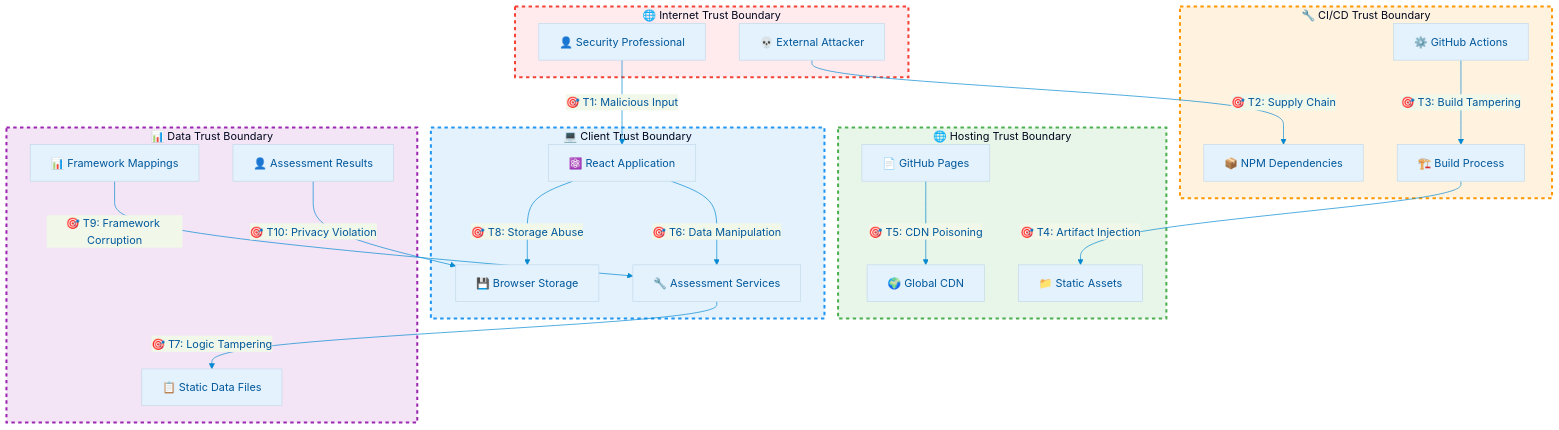
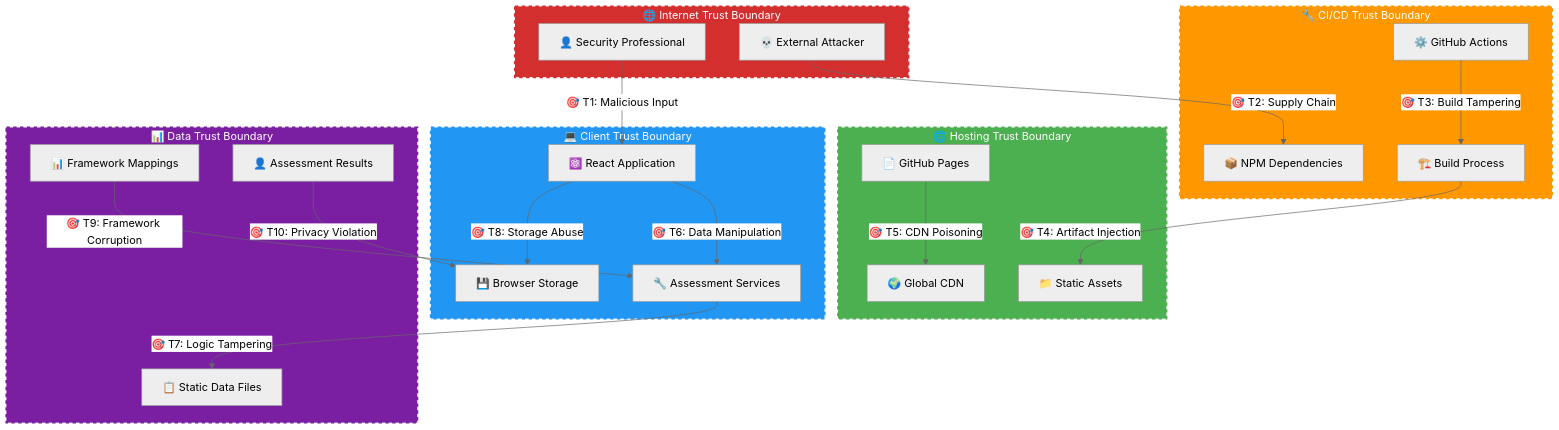
One commit to step-security-bot/cia-compliance-manager changed the second of 15 diagrams in docs/architecture/THREAT_MODEL.md. Above: the diagram before and after it, drawn with Mermaid. The commit also changed other lines of this file and 27 other files, not shown here.

First line of the commit message:
fix: resolve broken mermaid diagrams and improve color coding to match ISMS style guide (#1106)

````diff
--- a/docs/architecture/THREAT_MODEL.md
+++ b/docs/architecture/THREAT_MODEL.md
@@ -173,60 +162,49 @@
 ```mermaid
-%%{
-  init: {
-    'theme': 'base',
-    'themeVariables': {
-      'primaryColor': '#e3f2fd',
-      'primaryTextColor': '#01579b',
-      'lineColor': '#0288d1',
-      'secondaryColor': '#f1f8e9',
-      'tertiaryColor': '#fff8e1'
-    }
-  }
-}%%
+%%{init: {"theme": "neutral"}}%%
 flowchart TB
     subgraph TRUST_BOUNDARY_1["🌐 Internet Trust Boundary"]
         USER[👤 Security Professional]
         ATTACKER[💀 External Attacker]
     end
     
     subgraph TRUST_BOUNDARY_2["🔧 CI/CD Trust Boundary"]
         GITHUB_ACTIONS[⚙️ GitHub Actions]
         DEPS[📦 NPM Dependencies]
         BUILD[🏗️ Build Process]
     end
     
     subgraph TRUST_BOUNDARY_3["🌐 Hosting Trust Boundary"]
         GITHUB_PAGES[📄 GitHub Pages]
         CDN[🌍 Global CDN]
         STATIC_ASSETS[📁 Static Assets]
     end
     
     subgraph TRUST_BOUNDARY_4["💻 Client Trust Boundary"]
         REACT_APP[⚛️ React Application]
         SERVICES[🔧 Assessment Services]
         LOCAL_STORAGE[💾 Browser Storage]
     end
     
     subgraph TRUST_BOUNDARY_5["📊 Data Trust Boundary"]
         STATIC_DATA[📋 Static Data Files]
         COMPLIANCE_DATA[📊 Framework Mappings]
         USER_DATA[👤 Assessment Results]
     end
     
     USER -->|🎯 T1: Malicious Input| REACT_APP
     ATTACKER -->|🎯 T2: Supply Chain| DEPS
     GITHUB_ACTIONS -->|🎯 T3: Build Tampering| BUILD
     BUILD -->|🎯 T4: Artifact Injection| STATIC_ASSETS
     GITHUB_PAGES -->|🎯 T5: CDN Poisoning| CDN
     REACT_APP -->|🎯 T6: Data Manipulation| SERVICES
     SERVICES -->|🎯 T7: Logic Tampering| STATIC_DATA
     REACT_APP -->|🎯 T8: Storage Abuse| LOCAL_STORAGE
     COMPLIANCE_DATA -->|🎯 T9: Framework Corruption| SERVICES
     USER_DATA -->|🎯 T10: Privacy Violation| LOCAL_STORAGE
     
-    style TRUST_BOUNDARY_1 fill:#ffebee,stroke:#f44336,stroke-width:3px,stroke-dasharray: 5 5
-    style TRUST_BOUNDARY_2 fill:#fff3e0,stroke:#ff9800,stroke-width:3px,stroke-dasharray: 5 5
-    style TRUST_BOUNDARY_3 fill:#e8f5e9,stroke:#4caf50,stroke-width:3px,stroke-dasharray: 5 5
-    style TRUST_BOUNDARY_4 fill:#e3f2fd,stroke:#2196f3,stroke-width:3px,stroke-dasharray: 5 5
-    style TRUST_BOUNDARY_5 fill:#f3e5f5,stroke:#9c27b0,stroke-width:3px,stroke-dasharray: 5 5
+    style TRUST_BOUNDARY_1 fill:#D32F2F,stroke:#D32F2F,stroke-width:3px,stroke-dasharray: 5 5,color:#ffffff
+    style TRUST_BOUNDARY_2 fill:#FF9800,stroke:#ff9800,stroke-width:3px,stroke-dasharray: 5 5,color:#ffffff
+    style TRUST_BOUNDARY_3 fill:#4CAF50,stroke:#4caf50,stroke-width:3px,stroke-dasharray: 5 5,color:#ffffff
+    style TRUST_BOUNDARY_4 fill:#2196F3,stroke:#2196f3,stroke-width:3px,stroke-dasharray: 5 5,color:#ffffff
+    style TRUST_BOUNDARY_5 fill:#7B1FA2,stroke:#7B1FA2,stroke-width:3px,stroke-dasharray: 5 5,color:#ffffff
 ```
````
